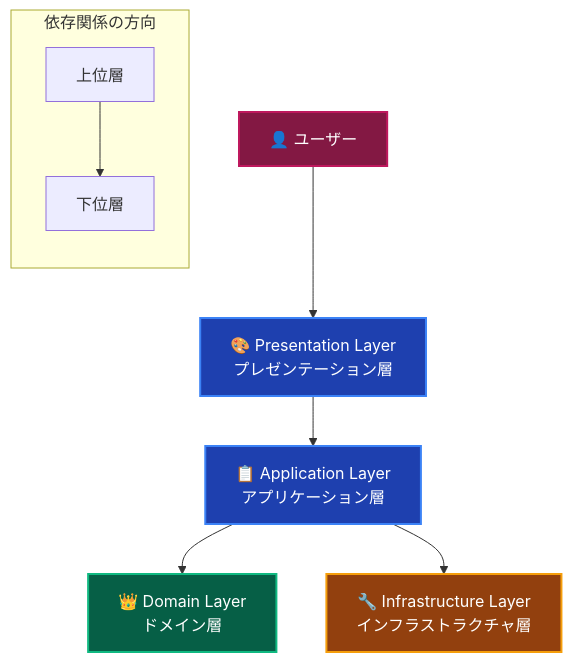
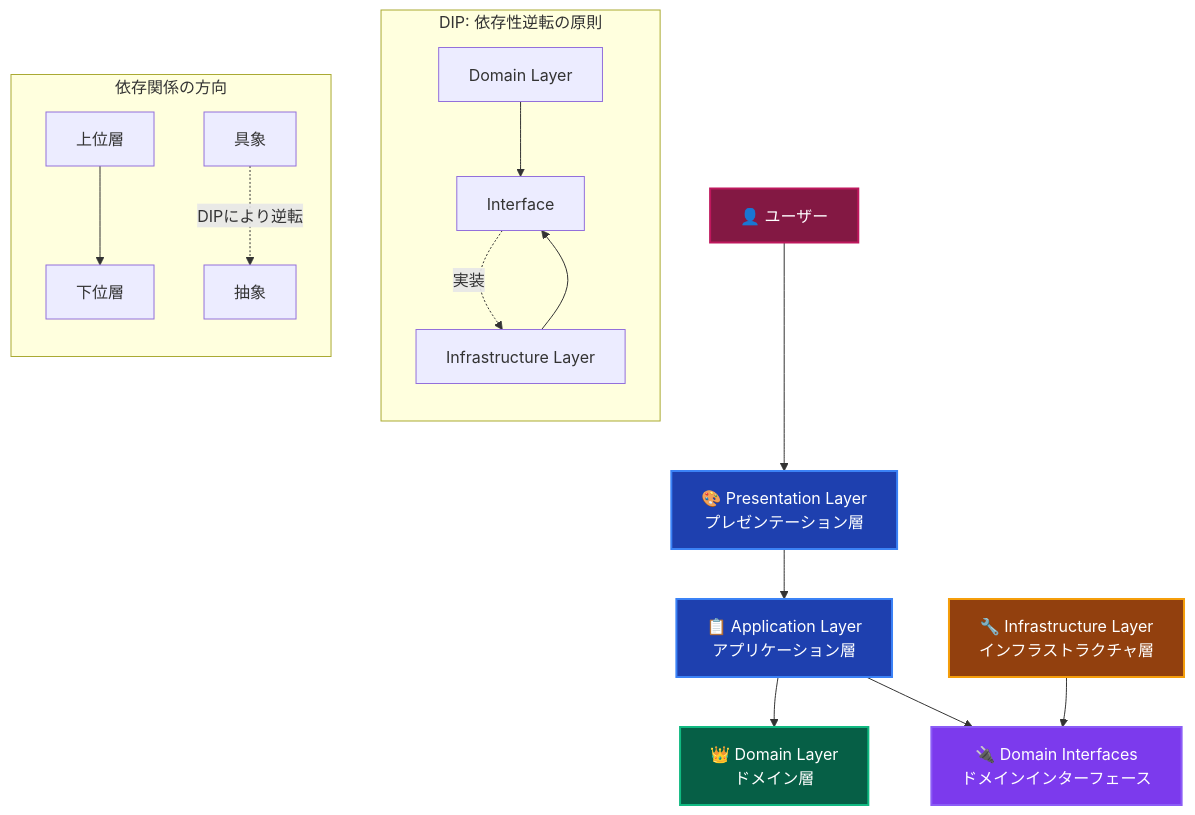
One commit to derushio/d-next-ddd-example changed the first of 8 diagrams in _DOCS/guides/ddd/layers/layer.md. Above: the diagram before and after it, drawn with Mermaid. The commit also changed other lines of this file and 157 other files, not shown here.

````diff
--- a/_DOCS/guides/ddd/layers/layer.md
+++ b/_DOCS/guides/ddd/layers/layer.md
@@ -13,20 +13,30 @@
 ```mermaid
 graph TD
     USER[👤 ユーザー] --> PRES[🎨 Presentation Layer<br/>プレゼンテーション層]
     PRES --> APP[📋 Application Layer<br/>アプリケーション層]
     APP --> DOMAIN[👑 Domain Layer<br/>ドメイン層]
-    APP --> INFRA[🔧 Infrastructure Layer<br/>インフラストラクチャ層]
+    APP --> DOMAIN_INTERFACES[🔌 Domain Interfaces<br/>ドメインインターフェース]
+    INFRA[🔧 Infrastructure Layer<br/>インフラストラクチャ層] --> DOMAIN_INTERFACES
+    
+    subgraph "DIP: 依存性逆転の原則"
+        direction TB
+        DOMAIN_LAYER[Domain Layer] --> INTERFACE[Interface]
+        INFRA_LAYER[Infrastructure Layer] --> INTERFACE
+        INTERFACE -.->|実装| INFRA_LAYER
+    end
     
     subgraph "依存関係の方向"
         direction TB
         HIGH[上位層] --> LOW[下位層]
+        CONCRETE[具象] -.->|DIPにより逆転| ABSTRACT[抽象]
     end
     
     style PRES fill:#1e40af,stroke:#3b82f6,stroke-width:2px,color:#ffffff
     style APP fill:#1e40af,stroke:#3b82f6,stroke-width:2px,color:#ffffff
     style DOMAIN fill:#065f46,stroke:#10b981,stroke-width:2px,color:#ffffff
+    style DOMAIN_INTERFACES fill:#7c3aed,stroke:#8b5cf6,stroke-width:2px,color:#ffffff
     style INFRA fill:#92400e,stroke:#f59e0b,stroke-width:2px,color:#ffffff
     
     classDef userStyle fill:#831843,stroke:#be185d,stroke-width:2px,color:#ffffff
     class USER userStyle
 ```
````
